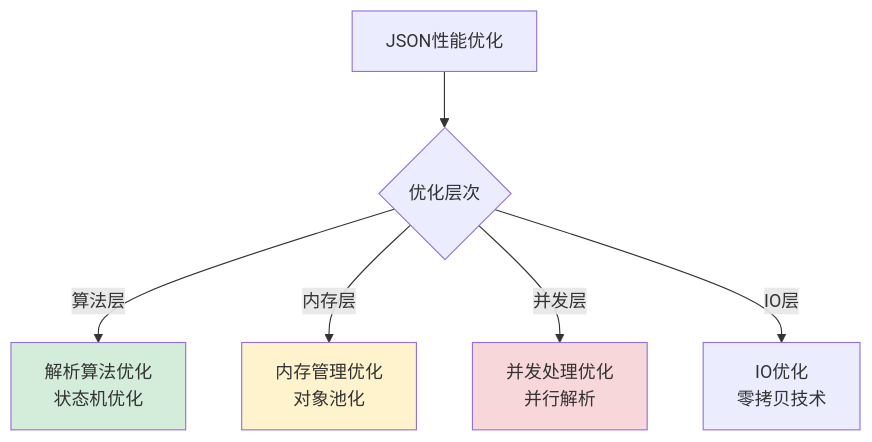
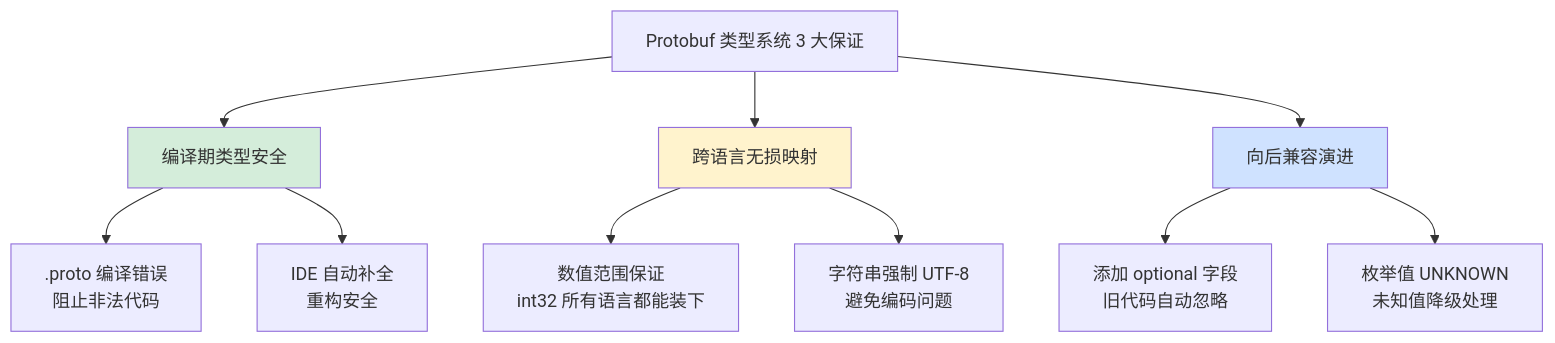
Before and after one commit to chongyang211/YCBookBlog: diagram 15 of 24 in 00.通用技术的提升/02.程序编程原理/05.序列化数据的思想.md, drawn with Mermaid. The commit also changed other lines of this file and 6 other files, not shown here.

````diff
--- a/00.通用技术的提升/02.程序编程原理/05.序列化数据的思想.md
+++ b/00.通用技术的提升/02.程序编程原理/05.序列化数据的思想.md
@@ -1665,12 +1799,19 @@
 ```mermaid
-graph TB
-    A[JSON性能优化] --> B{优化层次}
-    B -->|算法层| C[解析算法优化<br/>状态机优化]
-    B -->|内存层| D[内存管理优化<br/>对象池化]
-    B -->|并发层| E[并发处理优化<br/>并行解析]
-    B -->|IO层| F[IO优化<br/>零拷贝技术]
-    
-    style C fill:#d4edda
-    style D fill:#fff3cd
-    style E fill:#f8d7da
+flowchart TD
+    A[Protobuf 类型系统 3 大保证] --> B[编译期类型安全]
+    A --> C[跨语言无损映射]
+    A --> D[向后兼容演进]
+
+    B --> B1[.proto 编译错误<br/>阻止非法代码]
+    B --> B2[IDE 自动补全<br/>重构安全]
+
+    C --> C1[数值范围保证<br/>int32 所有语言都能装下]
+    C --> C2[字符串强制 UTF-8<br/>避免编码问题]
+
+    D --> D1[添加 optional 字段<br/>旧代码自动忽略]
+    D --> D2[枚举值 UNKNOWN<br/>未知值降级处理]
+
+    style B fill:#d4edda
+    style C fill:#fff3cd
+    style D fill:#cfe2ff
 ```
````
